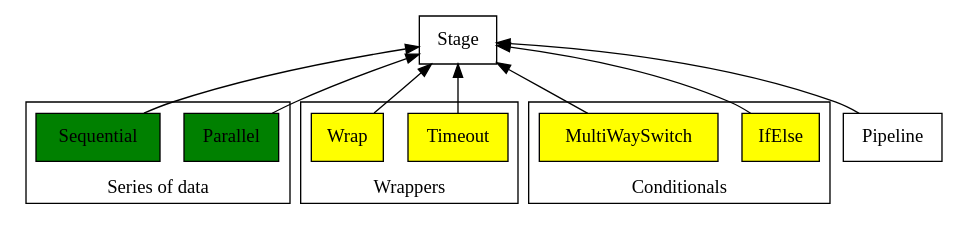
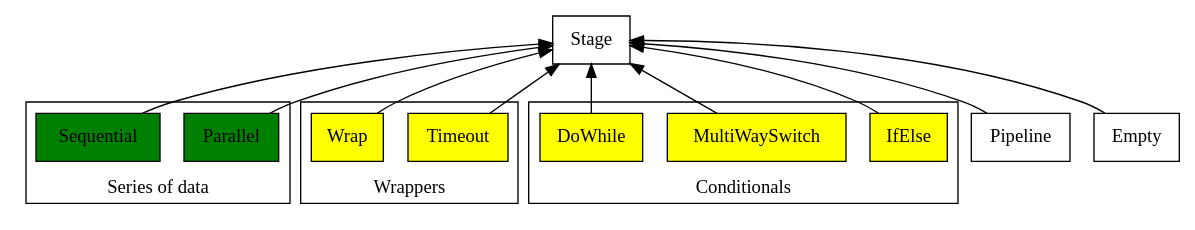
Before and after one commit to vedmalex/pipeline.js: the diagram in pics/hierarchy.dot, drawn with Graphviz. The commit also changed 20 other files, not shown here.

Commit message:
updated docs, inroduced new Stage -- Empty

```diff
--- a/pics/hierarchy.dot
+++ b/pics/hierarchy.dot
@@ -1,32 +1,34 @@
 digraph stages {
 	rankdir=BT
 	node[shape=record]
 
 	subgraph cluster_series {
 		rank="same" 
 		node [style="filled", fillcolor="green"]
 		Parallel, Sequential
 		label="Series of data"
 	}
 	subgraph cluster_wrappers {
 		rank="same" 
 		node [style="filled", fillcolor="yellow"]
 		Timeout, Wrap
 		label="Wrappers"
 	}
 
 	subgraph cluster_conditional {
 		rank="same" 
 		node [style="filled", fillcolor="yellow"]
-		IfElse, MultiWaySwitch
+		IfElse, MultiWaySwitch, DoWhile
 		label="Conditionals"
 	}
 
 	Pipeline -> Stage
 	Sequential -> Stage
 	Parallel -> Stage
 	IfElse -> Stage
 	MultiWaySwitch -> Stage
 	Timeout -> Stage
 	Wrap -> Stage
+	DoWhile -> Stage
+	Empty -> Stage
 }
```
